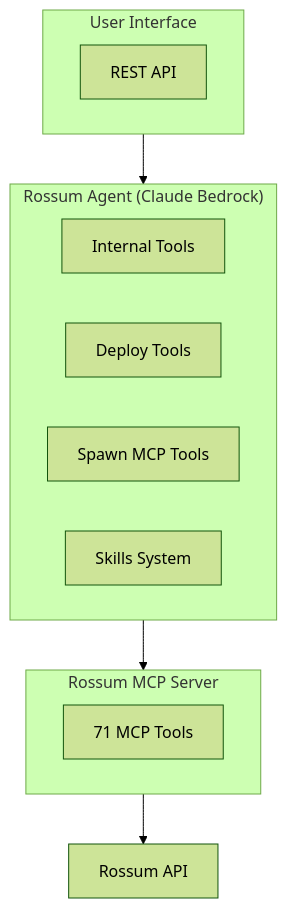
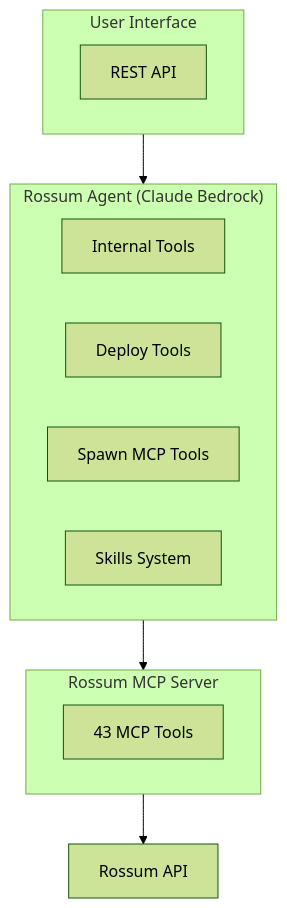
One commit to stancld/rossum-agents changed the diagram in rossum-agent/README.md. Above: the diagram before and after it, drawn with Mermaid (forest theme). The commit also changed other lines of this file and 3 other files, not shown here.

````diff
--- a/rossum-agent/README.md
+++ b/rossum-agent/README.md
@@ -207,23 +207,23 @@
 ```mermaid
 flowchart TB
     subgraph UI["User Interface"]
         A[REST API]
     end
 
     subgraph Agent["Rossum Agent (Claude Bedrock)"]
         IT[Internal Tools]
         DT[Deploy Tools]
         MT[Spawn MCP Tools]
         SK[Skills System]
     end
 
     subgraph MCP["Rossum MCP Server"]
-        Tools[71 MCP Tools]
+        Tools[43 MCP Tools]
     end
 
     API[Rossum API]
 
     UI --> Agent
     Agent --> MCP
     MCP --> API
 ```
````
